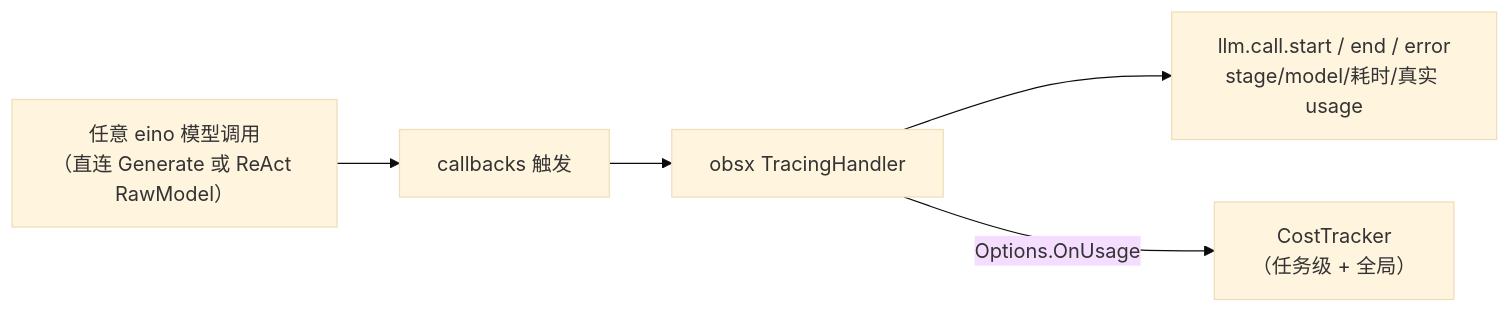
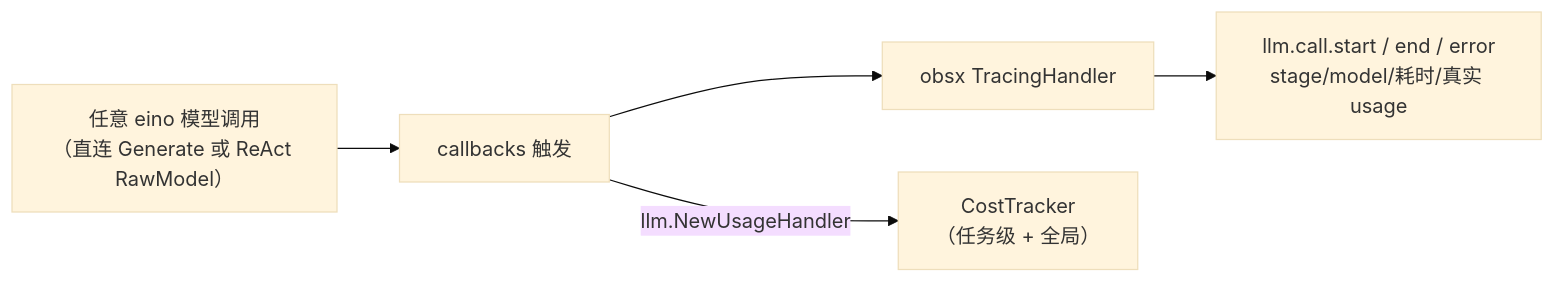
The fifth of 6 diagrams in docs/FRAMEWORK.md (yi-nology/agentkit), drawn with Mermaid (base theme) before and after one commit. The commit also changed other lines of this file and 3 other files, not shown here.

````diff
--- a/docs/FRAMEWORK.md
+++ b/docs/FRAMEWORK.md
@@ -1020,7 +1022,7 @@
 ```mermaid
 flowchart LR
     CALL["任意 eino 模型调用<br/>（直连 Generate 或 ReAct RawModel）"] --> CB["callbacks 触发"]
     CB --> H["obsx TracingHandler"]
     H --> LOG["llm.call.start / end / error<br/>stage/model/耗时/真实 usage"]
-    H -- "Options.OnUsage" --> CT["CostTracker<br/>（任务级 + 全局）"]
+    CB -- "llm.NewUsageHandler" --> CT["CostTracker<br/>（任务级 + 全局）"]
 ```
````
